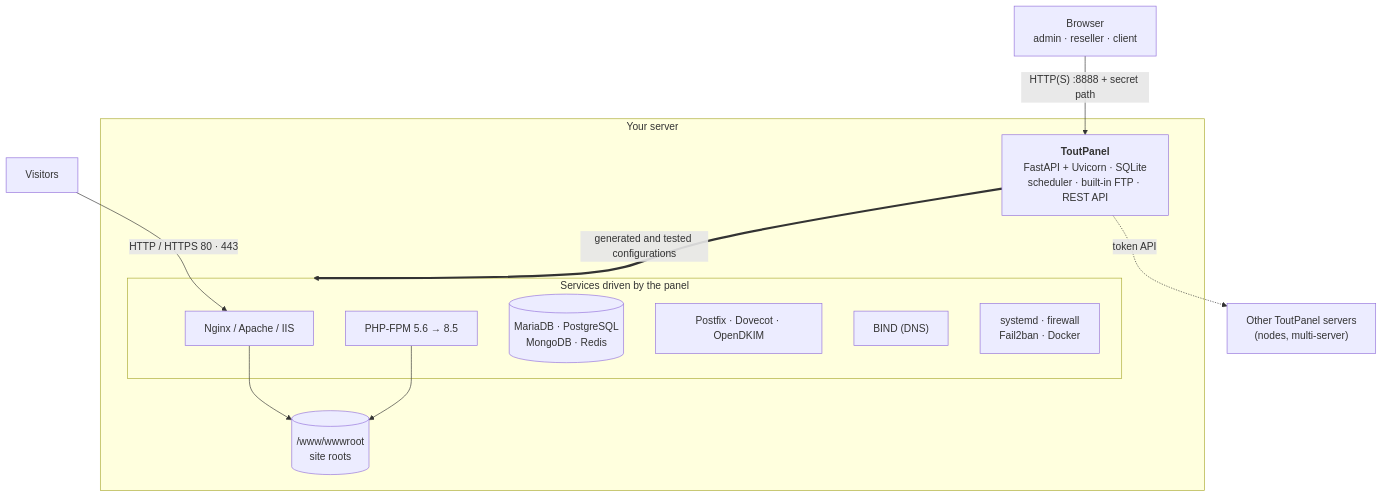
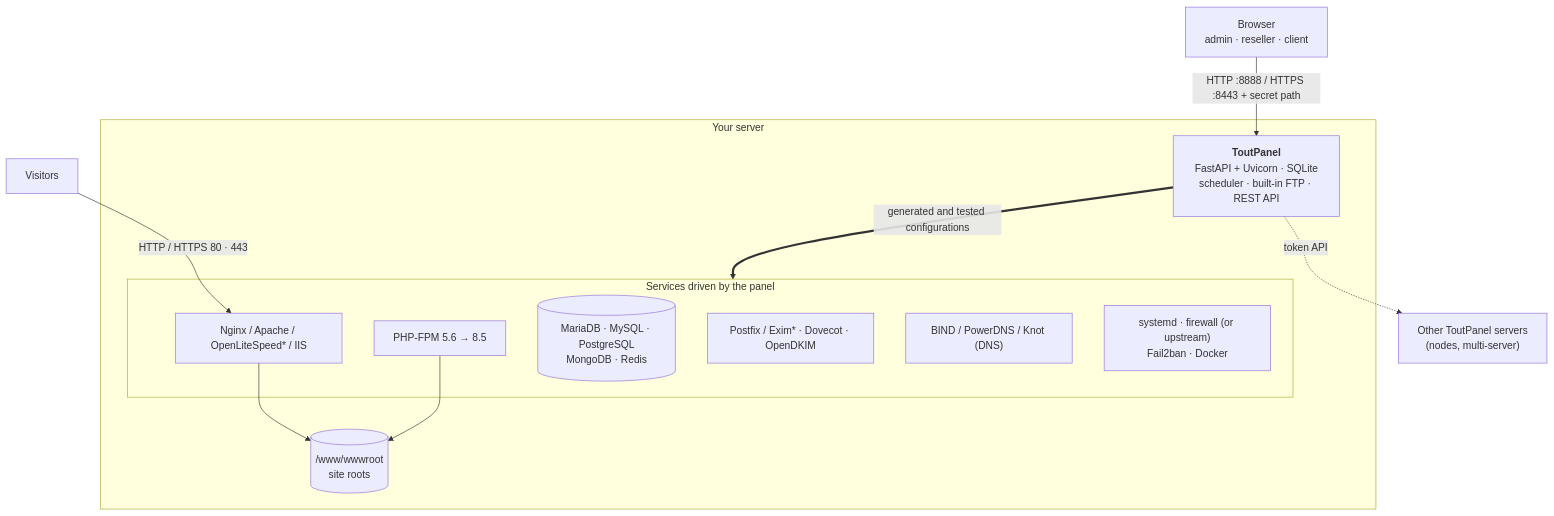
Before and after one commit to qu3ntin01/toutpanel: the diagram in README.en.md, drawn with Mermaid. The commit also changed other lines of this file and 36 other files, not shown here.

````diff
--- a/README.en.md
+++ b/README.en.md
@@ -233,21 +284,21 @@
 ```mermaid
 flowchart TB
-    U["Browser<br/>admin · reseller · client"] -->|"HTTP(S) :8888 + secret path"| P
+    U["Browser<br/>admin · reseller · client"] -->|"HTTP :8888 / HTTPS :8443 + secret path"| P
     V["Visitors"] -->|"HTTP / HTTPS 80 · 443"| W
     subgraph S["Your server"]
         P["<b>ToutPanel</b><br/>FastAPI + Uvicorn · SQLite<br/>scheduler · built-in FTP · REST API"]
         subgraph PILE["Services driven by the panel"]
-            W["Nginx / Apache / IIS"]
+            W["Nginx / Apache / OpenLiteSpeed* / IIS"]
             F["PHP-FPM 5.6 → 8.5"]
-            D[("MariaDB · PostgreSQL<br/>MongoDB · Redis")]
-            M["Postfix · Dovecot · OpenDKIM"]
-            B["BIND (DNS)"]
-            X["systemd · firewall<br/>Fail2ban · Docker"]
+            D[("MariaDB · MySQL · PostgreSQL<br/>MongoDB · Redis")]
+            M["Postfix / Exim* · Dovecot · OpenDKIM"]
+            B["BIND / PowerDNS / Knot (DNS)"]
+            X["systemd · firewall (or upstream)<br/>Fail2ban · Docker"]
         end
         R[("/www/wwwroot<br/>site roots")]
         P ==>|"generated and tested configurations"| PILE
         W --> R
         F --> R
     end
     P -. "token API" .-> N["Other ToutPanel servers<br/>(nodes, multi-server)"]
 ```
````
